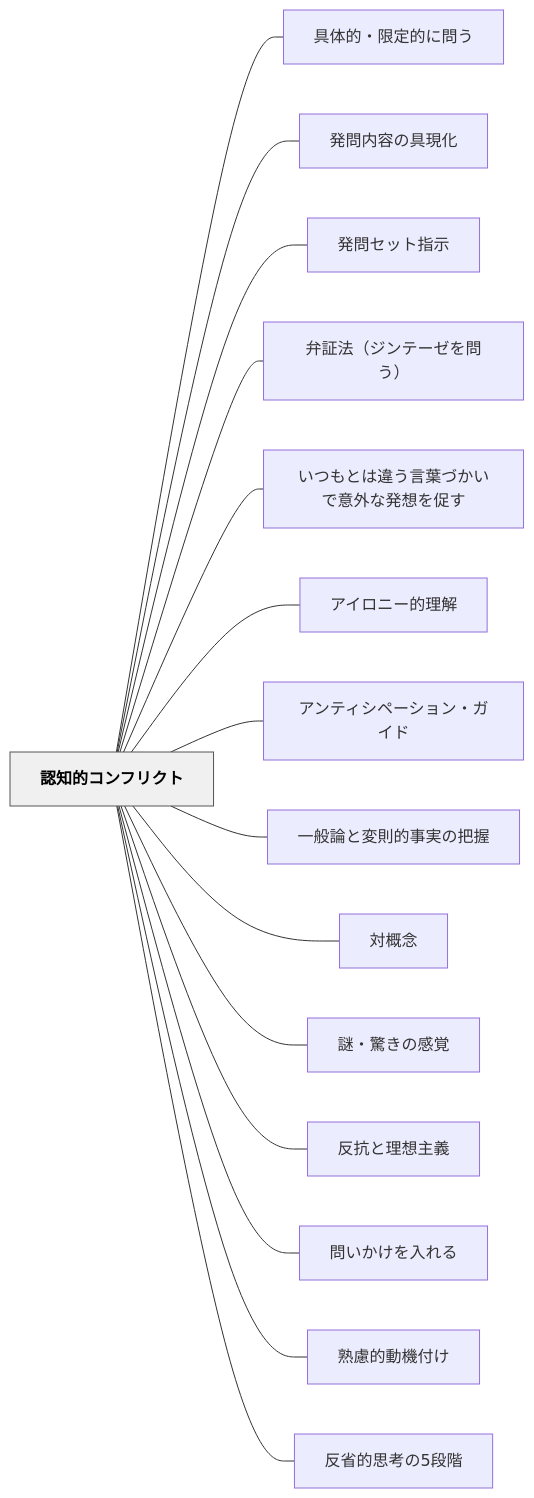
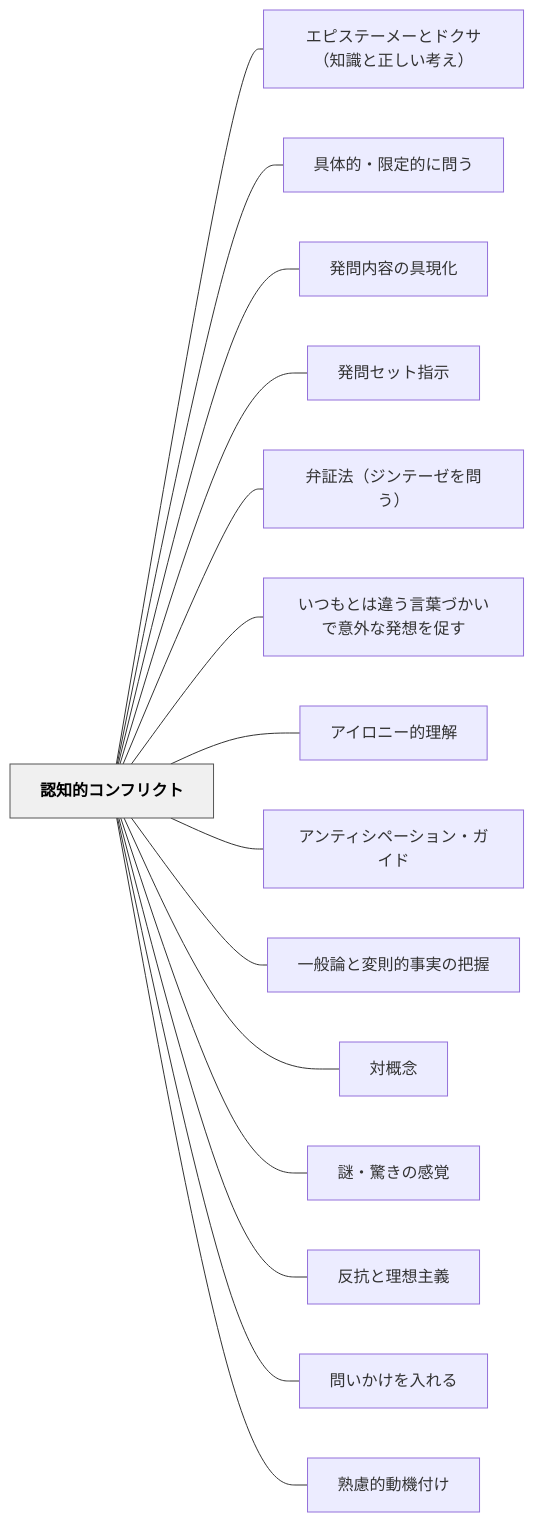
The diagram in content/パタン/認知的コンフリクト.md (unknownthings-ed-patterns/unknownthings-ed-patterns), drawn with Mermaid before and after one commit. The commit also changed other lines of this file and 17 other files, not shown here.

````diff
--- a/content/パタン/認知的コンフリクト.md
+++ b/content/パタン/認知的コンフリクト.md
@@ -60,36 +82,36 @@
 ```mermaid
 flowchart LR
     ne8aa8de79fa5e79a84e382b3e383b3e38395e383aae382afe38388["認知的コンフリクト"]
+    ne382a8e38394e382b9e38386e383bce383a1e383bce381a8e38389e382afe382b5efbc88e79fa5e8ad98e381a8e6ada3e38197e38184e88083e38188efbc89["エピステーメーとドクサ（知識と正しい考え）"]
     ne585b7e4bd93e79a84e383bbe99990e5ae9ae79a84e381abe5958fe38186["具体的・限定的に問う"]
     ne799bae5958fe58685e5aeb9e381aee585b7e78fbee58c96["発問内容の具現化"]
     ne799bae5958fe382bbe38383e38388e68c87e7a4ba["発問セット指示"]
     ne5bc81e8a8bce6b395efbc88e382b8e383b3e38386e383bce382bce38292e5958fe38186efbc89["弁証法（ジンテーゼを問う）"]
     ne38184e381a4e38282e381a8e381afe98195e38186e8a880e89189e381a5e3818be38184e381a7e6848fe5a496e381aae799bae683b3e38292e4bf83e38199["いつもとは違う言葉づかいで意外な発想を促す"]
     ne382a2e382a4e383ade3838be383bce79a84e79086e8a7a3["アイロニー的理解"]
     ne382a2e383b3e38386e382a3e382b7e3839ae383bce382b7e383a7e383b3e383bbe382ace382a4e38389["アンティシペーション・ガイド"]
     ne4b880e888ace8ab96e381a8e5a489e58987e79a84e4ba8be5ae9fe381aee68a8ae68fa1["一般論と変則的事実の把握"]
     ne5afbee6a682e5bfb5["対概念"]
     ne8ac8ee383bbe9a99ae3818de381aee6849fe8a69a["謎・驚きの感覚"]
     ne58f8de68a97e381a8e79086e683b3e4b8bbe7bea9["反抗と理想主義"]
     ne5958fe38184e3818be38191e38292e585a5e3828ce3828b["問いかけを入れる"]
     ne7869fe685aee79a84e58b95e6a99fe4bb98e38191["熟慮的動機付け"]
-    ne58f8de79c81e79a84e6809de88083e381ae35e6aeb5e99a8e["反省的思考の5段階"]
 
+    ne8aa8de79fa5e79a84e382b3e383b3e38395e383aae382afe38388 --- ne382a8e38394e382b9e38386e383bce383a1e383bce381a8e38389e382afe382b5efbc88e79fa5e8ad98e381a8e6ada3e38197e38184e88083e38188efbc89
     ne8aa8de79fa5e79a84e382b3e383b3e38395e383aae382afe38388 --- ne585b7e4bd93e79a84e383bbe99990e5ae9ae79a84e381abe5958fe38186
     ne8aa8de79fa5e79a84e382b3e383b3e38395e383aae382afe38388 --- ne799bae5958fe58685e5aeb9e381aee585b7e78fbee58c96
     ne8aa8de79fa5e79a84e382b3e383b3e38395e383aae382afe38388 --- ne799bae5958fe382bbe38383e38388e68c87e7a4ba
     ne8aa8de79fa5e79a84e382b3e383b3e38395e383aae382afe38388 --- ne5bc81e8a8bce6b395efbc88e382b8e383b3e38386e383bce382bce38292e5958fe38186efbc89
     ne8aa8de79fa5e79a84e382b3e383b3e38395e383aae382afe38388 --- ne38184e381a4e38282e381a8e381afe98195e38186e8a880e89189e381a5e3818be38184e381a7e6848fe5a496e381aae799bae683b3e38292e4bf83e38199
     ne8aa8de79fa5e79a84e382b3e383b3e38395e383aae382afe38388 --- ne382a2e382a4e383ade3838be383bce79a84e79086e8a7a3
     ne8aa8de79fa5e79a84e382b3e383b3e38395e383aae382afe38388 --- ne382a2e383b3e38386e382a3e382b7e3839ae383bce382b7e383a7e383b3e383bbe382ace382a4e38389
     ne8aa8de79fa5e79a84e382b3e383b3e38395e383aae382afe38388 --- ne4b880e888ace8ab96e381a8e5a489e58987e79a84e4ba8be5ae9fe381aee68a8ae68fa1
     ne8aa8de79fa5e79a84e382b3e383b3e38395e383aae382afe38388 --- ne5afbee6a682e5bfb5
     ne8aa8de79fa5e79a84e382b3e383b3e38395e383aae382afe38388 --- ne8ac8ee383bbe9a99ae3818de381aee6849fe8a69a
     ne8aa8de79fa5e79a84e382b3e383b3e38395e383aae382afe38388 --- ne58f8de68a97e381a8e79086e683b3e4b8bbe7bea9
     ne8aa8de79fa5e79a84e382b3e383b3e38395e383aae382afe38388 --- ne5958fe38184e3818be38191e38292e585a5e3828ce3828b
     ne8aa8de79fa5e79a84e382b3e383b3e38395e383aae382afe38388 --- ne7869fe685aee79a84e58b95e6a99fe4bb98e38191
-    ne8aa8de79fa5e79a84e382b3e383b3e38395e383aae382afe38388 --- ne58f8de79c81e79a84e6809de88083e381ae35e6aeb5e99a8e
 
     classDef hub fill:#f0f0f0,stroke:#555,color:#000,font-weight:bold
     class ne8aa8de79fa5e79a84e382b3e383b3e38395e383aae382afe38388 hub
 ```
````
